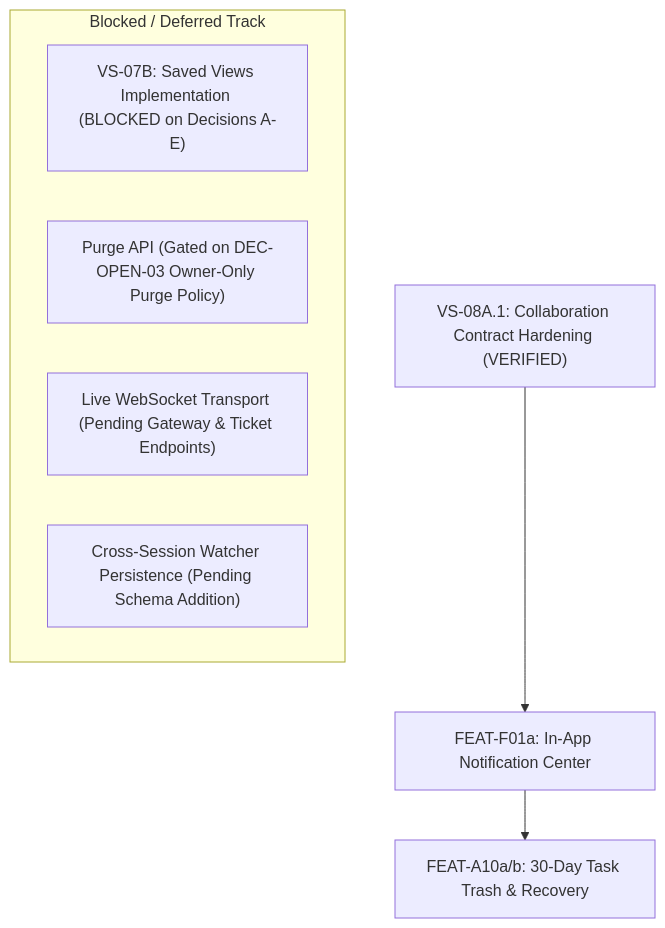
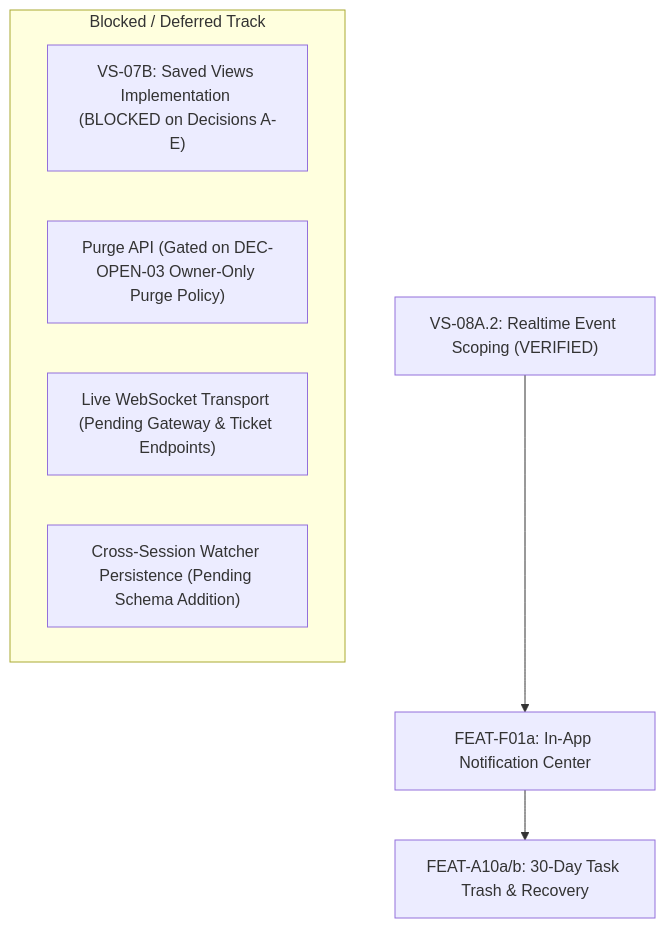
Before and after one commit to Samudra-Bose/sonder: the first of 2 diagrams in docs/04-implementation/sonder-project-progress-tracker.md, drawn with Mermaid. The commit also changed other lines of this file and 3 other files, not shown here.

Commit message:
fix(collab): VS-08A.2 realtime event scoping correction (#34)

````diff
--- a/docs/04-implementation/sonder-project-progress-tracker.md
+++ b/docs/04-implementation/sonder-project-progress-tracker.md
@@ -48,12 +49,12 @@
 ```mermaid
 flowchart TD
-    Current["VS-08A.1: Collaboration Contract Hardening (VERIFIED)"] --> Next["FEAT-F01a: In-App Notification Center"]
+    Current["VS-08A.2: Realtime Event Scoping (VERIFIED)"] --> Next["FEAT-F01a: In-App Notification Center"]
     Next --> FollowUp["FEAT-A10a/b: 30-Day Task Trash & Recovery"]
     
     subgraph Deferred ["Blocked / Deferred Track"]
         SV["VS-07B: Saved Views Implementation (BLOCKED on Decisions A-E)"]
         Trash["Purge API (Gated on DEC-OPEN-03 Owner-Only Purge Policy)"]
         RealtimeLive["Live WebSocket Transport (Pending Gateway & Ticket Endpoints)"]
         WatcherPersist["Cross-Session Watcher Persistence (Pending Schema Addition)"]
     end
 ```
````
